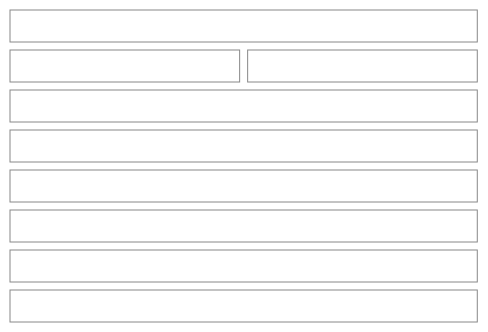
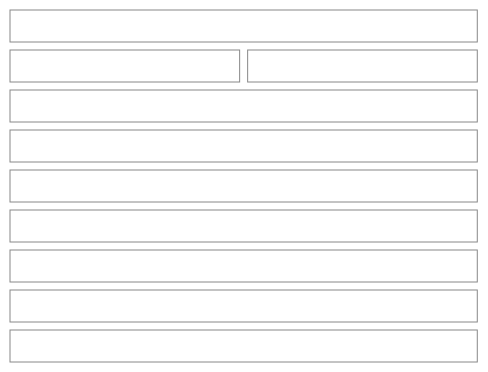
Diagram 37 of 60 in src/apps/pinch/UX.md (NovaMoonX/moondreams-dev-apps), drawn with Mermaid before and after one commit. The commit also changed other lines of this file and 76 other files, not shown here.

````diff
--- a/src/apps/pinch/UX.md
+++ b/src/apps/pinch/UX.md
@@ -1234,23 +1265,25 @@
 ```mermaid
 %%{init: {'theme': 'base', 'themeVariables': {'primaryColor': 'transparent', 'primaryBorderColor': '#888888', 'primaryTextColor': '#333333', 'lineColor': '#888888'}}}%%
 block-beta
   columns 2
   P1["‹  Fridge & freezer"]:2
   P2[" "]:1
-  P3["+ Add"]:1
+  P3["[ ☑ ] [ ⌫ ]  + Add"]:1
   P4["🥛 Fridge · 10 servings  ·  ❄️ Freezer · 15 servings"]:2
   P9["🕘 What you finished  ›"]:2
+  P10["⏳ 3 are past their date   [ Toss them ]"]:2
   P5["[ ⌫ Clear out the fridge ]"]:2
   P6["🥛 Adobo chicken · 2 servings  [Eat by tomorrow]  · Made Oct 12"]:2
   P7["🥛 Soup · 3 boxes of 2 servings · Eat by Oct 19"]:2
   P8["❄️ Chicken stock · 4 servings · Frozen Jul 7  [Past its date]"]:2
   style P1 fill:transparent,stroke:#888888,stroke-width:1px;
   style P2 fill:transparent,stroke:#888888,stroke-width:1px;
   style P3 fill:transparent,stroke:#888888,stroke-width:1px;
   style P4 fill:transparent,stroke:#888888,stroke-width:1px;
   style P5 fill:transparent,stroke:#888888,stroke-width:1px;
   style P6 fill:transparent,stroke:#888888,stroke-width:1px;
   style P7 fill:transparent,stroke:#888888,stroke-width:1px;
   style P8 fill:transparent,stroke:#888888,stroke-width:1px;
   style P9 fill:transparent,stroke:#888888,stroke-width:1px;
+  style P10 fill:transparent,stroke:#888888,stroke-width:1px;
 ```
````
